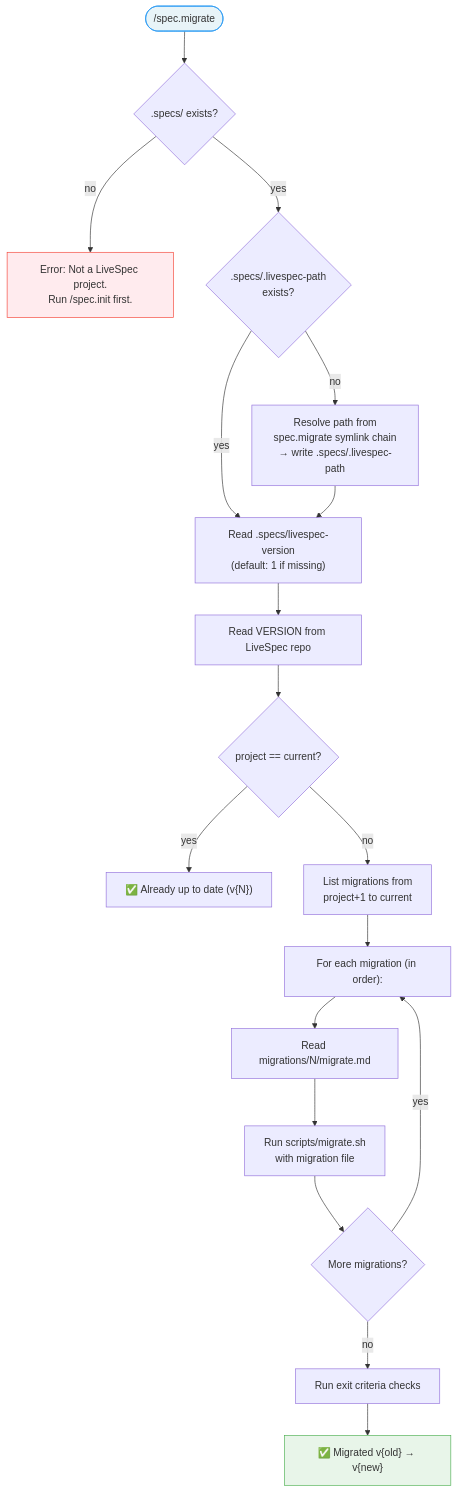
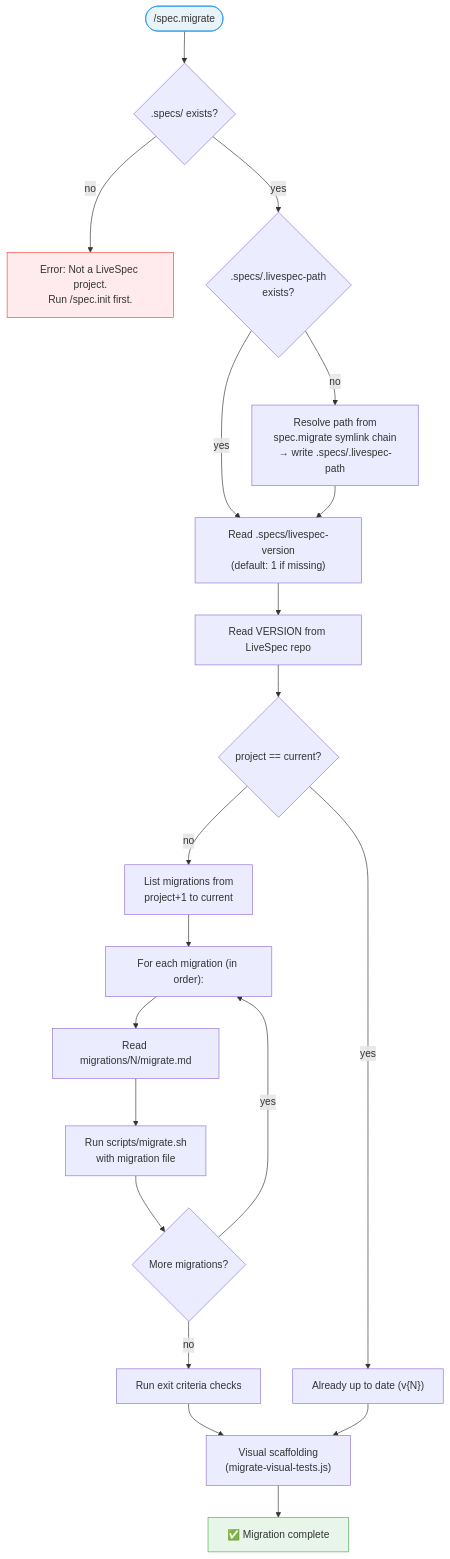
Before and after one commit to julien-m/livespec: the diagram in commands/migrate.md, drawn with Mermaid. The commit also changed other lines of this file and 109 other files, not shown here.

First line of the commit message:
feat(011-visual-migrate-integration): auto-scaffold visual tests on spec.migrate

````diff
--- a/commands/migrate.md
+++ b/commands/migrate.md
@@ -15,24 +15,26 @@
 ```mermaid
 flowchart TD
     START(["/spec.migrate"]) --> CHECK{".specs/ exists?"}
     CHECK -->|no| FAIL["Error: Not a LiveSpec project.\nRun /spec.init first."]
     CHECK -->|yes| PATH{".specs/.livespec-path\nexists?"}
     PATH -->|no| RESOLVE["Resolve path from\nspec.migrate symlink chain\n→ write .specs/.livespec-path"]
     PATH -->|yes| READ["Read .specs/livespec-version\n(default: 1 if missing)"]
     RESOLVE --> READ
     READ --> CURRENT["Read VERSION from LiveSpec repo"]
     CURRENT --> CMP{"project == current?"}
-    CMP -->|yes| UPTODATE["✅ Already up to date (v{N})"]
+    CMP -->|yes| UPTODATE["Already up to date (v{N})"]
     CMP -->|no| LIST["List migrations from\nproject+1 to current"]
     LIST --> LOOP["For each migration (in order):"]
     LOOP --> PARSE["Read migrations/N/migrate.md"]
     PARSE --> EXEC["Run scripts/migrate.sh\nwith migration file"]
     EXEC --> NEXT{"More migrations?"}
     NEXT -->|yes| LOOP
     NEXT -->|no| VALIDATE["Run exit criteria checks"]
-    VALIDATE --> DONE["✅ Migrated v{old} → v{new}"]
+    VALIDATE --> VMIGRATE["Visual scaffolding\n(migrate-visual-tests.js)"]
+    UPTODATE --> VMIGRATE
+    VMIGRATE --> DONE["✅ Migration complete"]
 
     style START fill:#e8f4f8,stroke:#2196F3
     style DONE fill:#e8f5e9,stroke:#4CAF50
     style FAIL fill:#ffebee,stroke:#f44336
 ```
````
